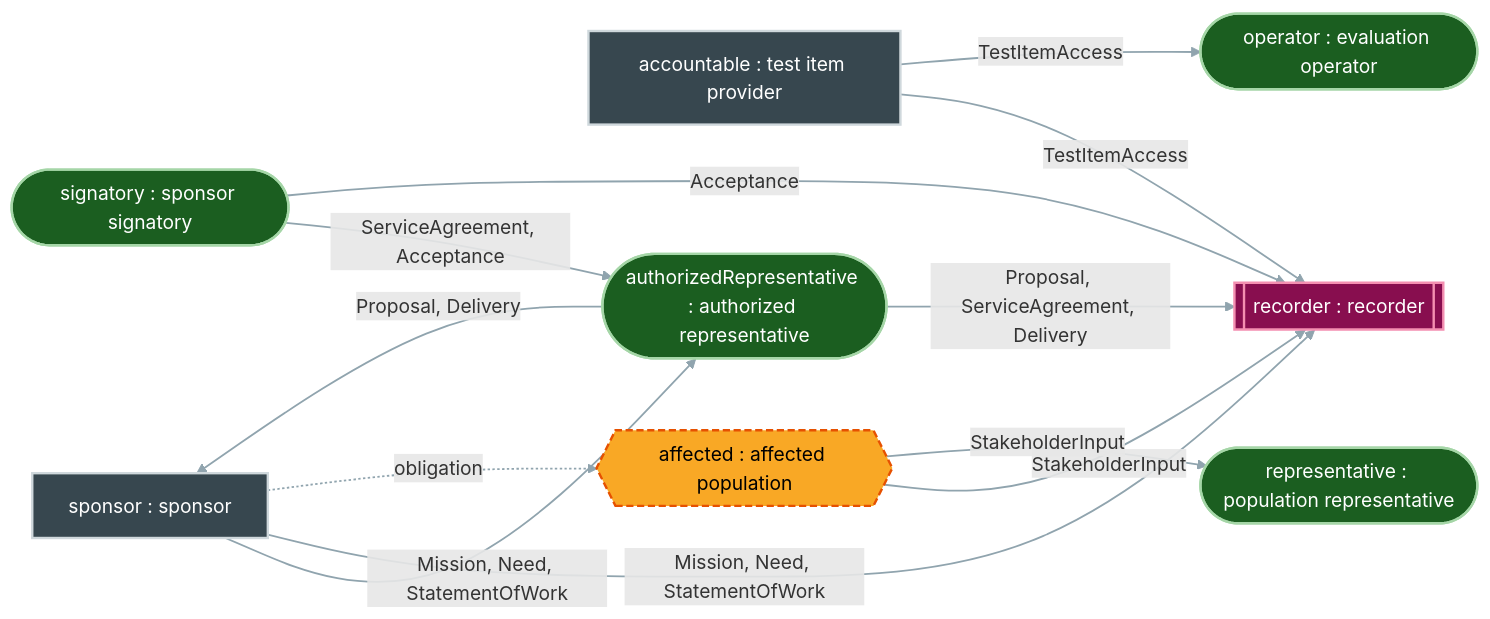
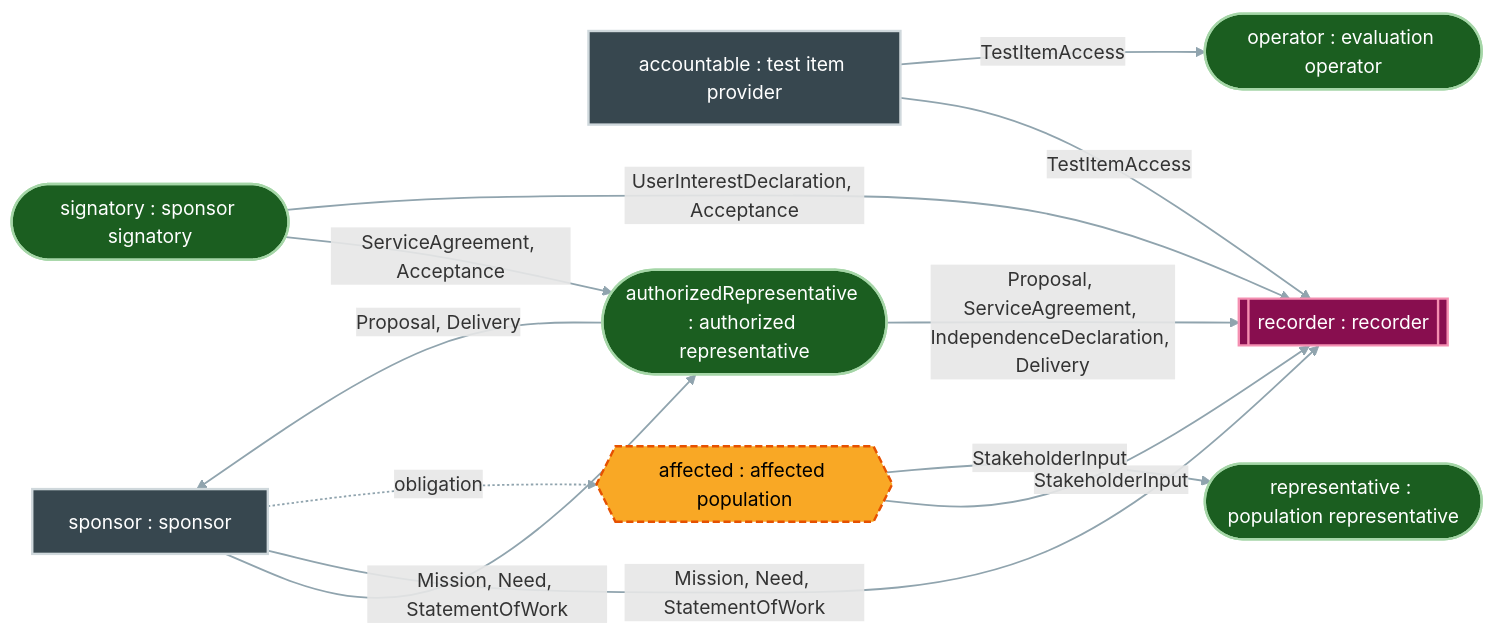
The diagram in generated/wiring-contracting.md (DynamicalSystemsGroup/og-caie-spec), drawn with Mermaid before and after one commit. The commit also changed 82 other files, not shown here.

````diff
--- a/generated/wiring-contracting.md
+++ b/generated/wiring-contracting.md
@@ -1,31 +1,31 @@
 ```{mermaid}
 flowchart LR
   accountable["accountable : test item provider"]
   affected{{"affected : affected population"}}
   sponsor["sponsor : sponsor"]
   sponsor_signatory(["signatory : sponsor signatory"])
   testingOrg_authorizedRepresentative(["authorizedRepresentative : authorized representative"])
   testingOrg_recorder[["recorder : recorder"]]
   testingOrg_team_operator(["operator : evaluation operator"])
   testingOrg_team_representative(["representative : population representative"])
   accountable -- "TestItemAccess" --> testingOrg_recorder
   accountable -- "TestItemAccess" --> testingOrg_team_operator
   affected -- "StakeholderInput" --> testingOrg_recorder
   affected -- "StakeholderInput" --> testingOrg_team_representative
   sponsor -- "Mission, Need, StatementOfWork" --> testingOrg_authorizedRepresentative
   sponsor -- "Mission, Need, StatementOfWork" --> testingOrg_recorder
   sponsor_signatory -- "ServiceAgreement, Acceptance" --> testingOrg_authorizedRepresentative
-  sponsor_signatory -- "Acceptance" --> testingOrg_recorder
+  sponsor_signatory -- "UserInterestDeclaration, Acceptance" --> testingOrg_recorder
   testingOrg_authorizedRepresentative -- "Proposal, Delivery" --> sponsor
-  testingOrg_authorizedRepresentative -- "Proposal, ServiceAgreement, Delivery" --> testingOrg_recorder
+  testingOrg_authorizedRepresentative -- "Proposal, ServiceAgreement, IndependenceDeclaration, Delivery" --> testingOrg_recorder
   sponsor -. "obligation" .-> affected
   classDef person fill:#1b5e20,stroke:#a5d6a7,stroke-width:2px,color:#ffffff;
   classDef machine fill:#880e4f,stroke:#f48fb1,stroke-width:2px,color:#ffffff;
   classDef party fill:#f9a825,stroke:#e65100,stroke-width:2px,stroke-dasharray: 6 3,color:#000000;
   classDef organization fill:#37474f,stroke:#cfd8dc,stroke-width:2px,color:#ffffff;
   linkStyle default stroke:#90a4ae,stroke-width:1.5px;
   class sponsor_signatory,testingOrg_authorizedRepresentative,testingOrg_team_operator,testingOrg_team_representative person;
   class testingOrg_recorder machine;
   class affected party;
   class accountable,sponsor organization;
 ```
````
